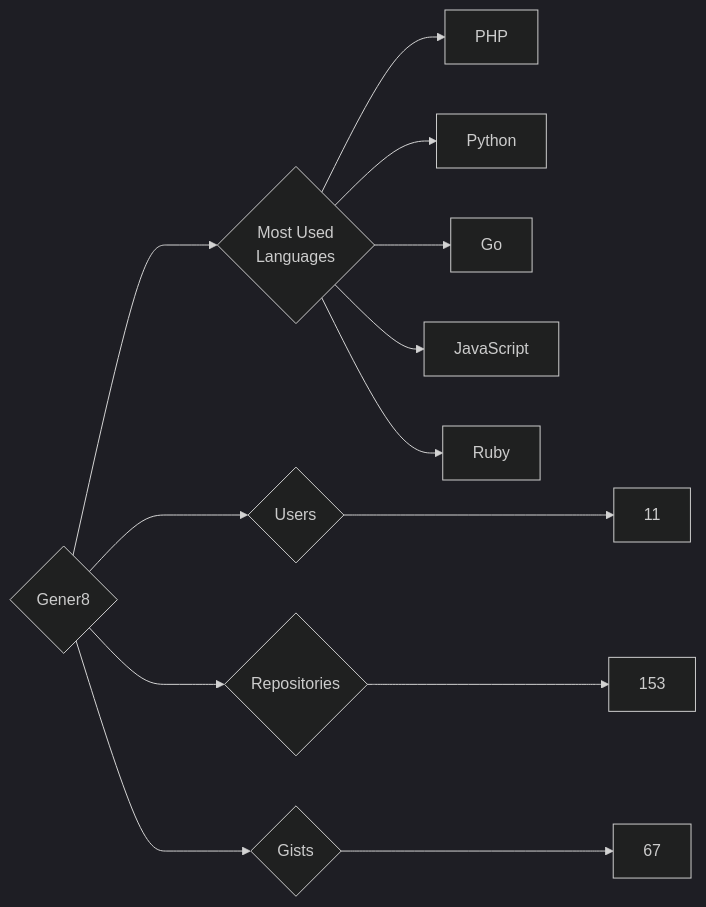
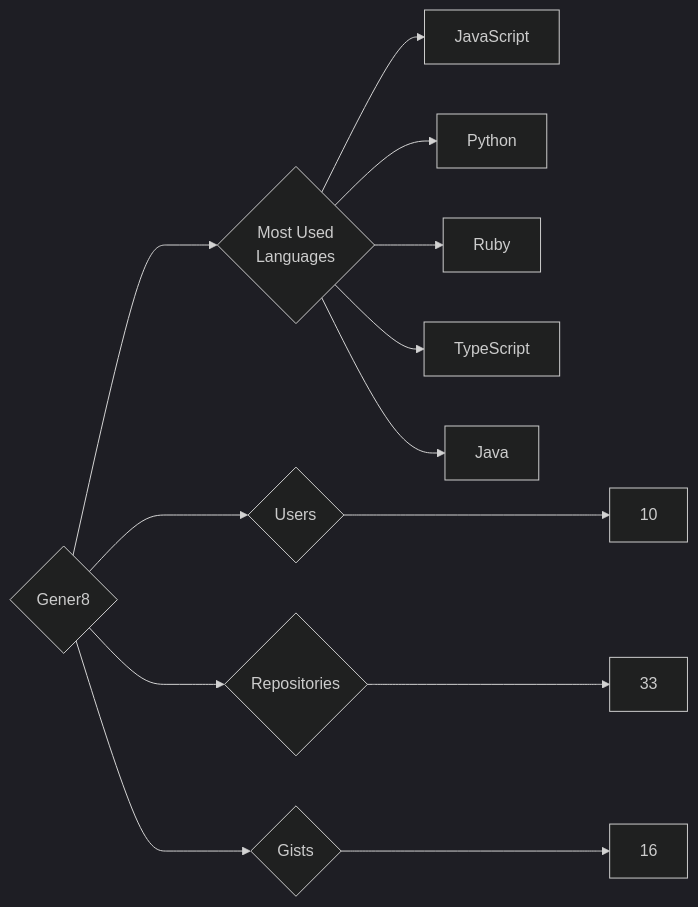
One commit to trickest/insiders changed the diagram in targets/Gener8/README.md. Above: the diagram before and after it, drawn with Mermaid (dark theme). The commit also changed 636 other files, not shown here.

````diff
--- a/targets/Gener8/README.md
+++ b/targets/Gener8/README.md
@@ -3,13 +3,13 @@
 ```mermaid
 graph LR
 COMPANY_NAME{Gener8}
-COMPANY_NAME ---> U{Users} ---> UN[11]
-COMPANY_NAME ---> R{Repositories} ---> RN[153]
-COMPANY_NAME ---> G{Gists} ---> GN[67]
+COMPANY_NAME ---> U{Users} ---> UN[10]
+COMPANY_NAME ---> R{Repositories} ---> RN[33]
+COMPANY_NAME ---> G{Gists} ---> GN[16]
 COMPANY_NAME ---> ML{Most Used<br>Languages}
-ML --> PHP[PHP]
+ML --> JavaScript[JavaScript]
 ML --> Python[Python]
-ML --> Go[Go]
-ML --> JavaScript[JavaScript]
 ML --> Ruby[Ruby]
+ML --> TypeScript[TypeScript]
+ML --> Java[Java]
 ```
````
